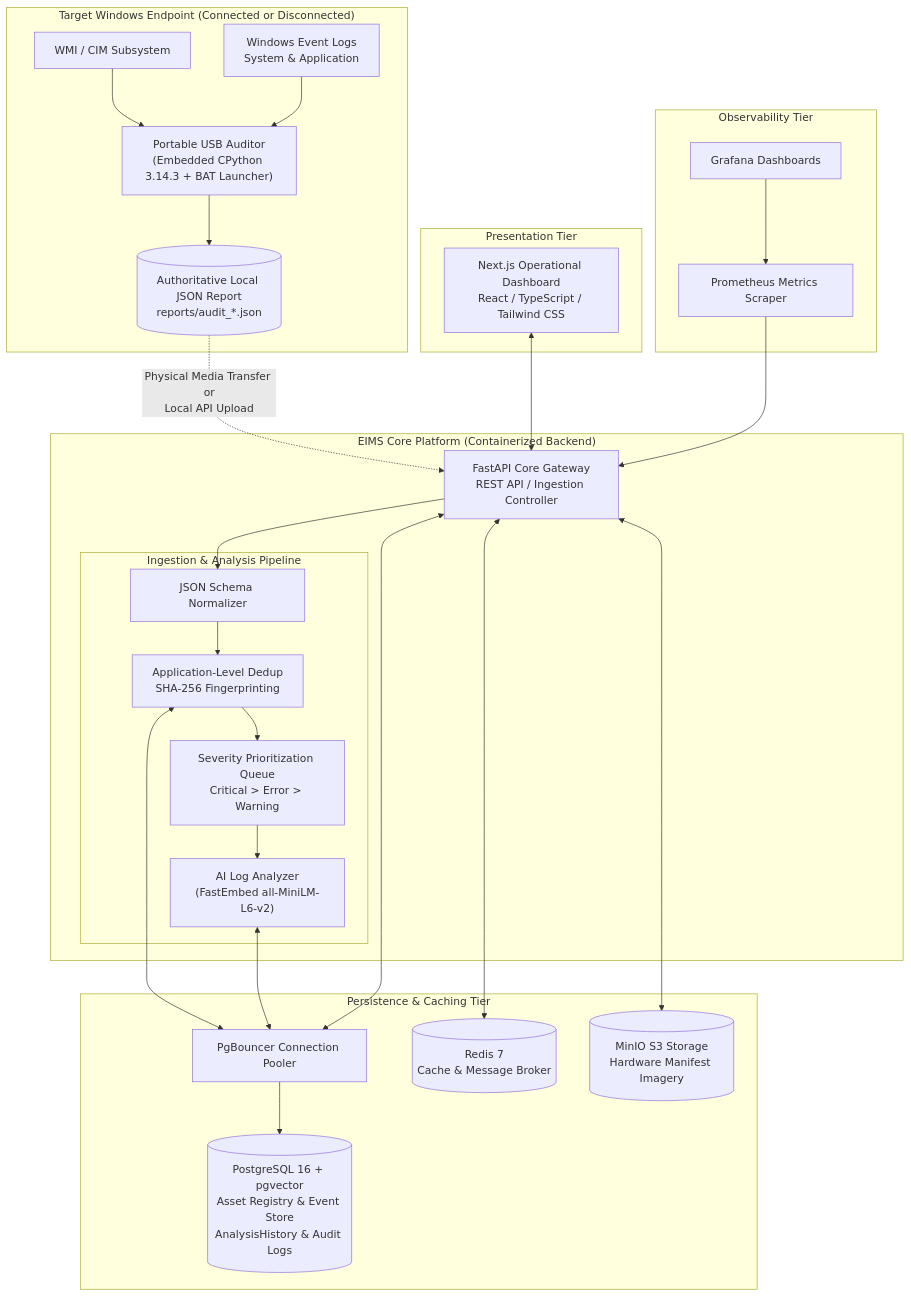
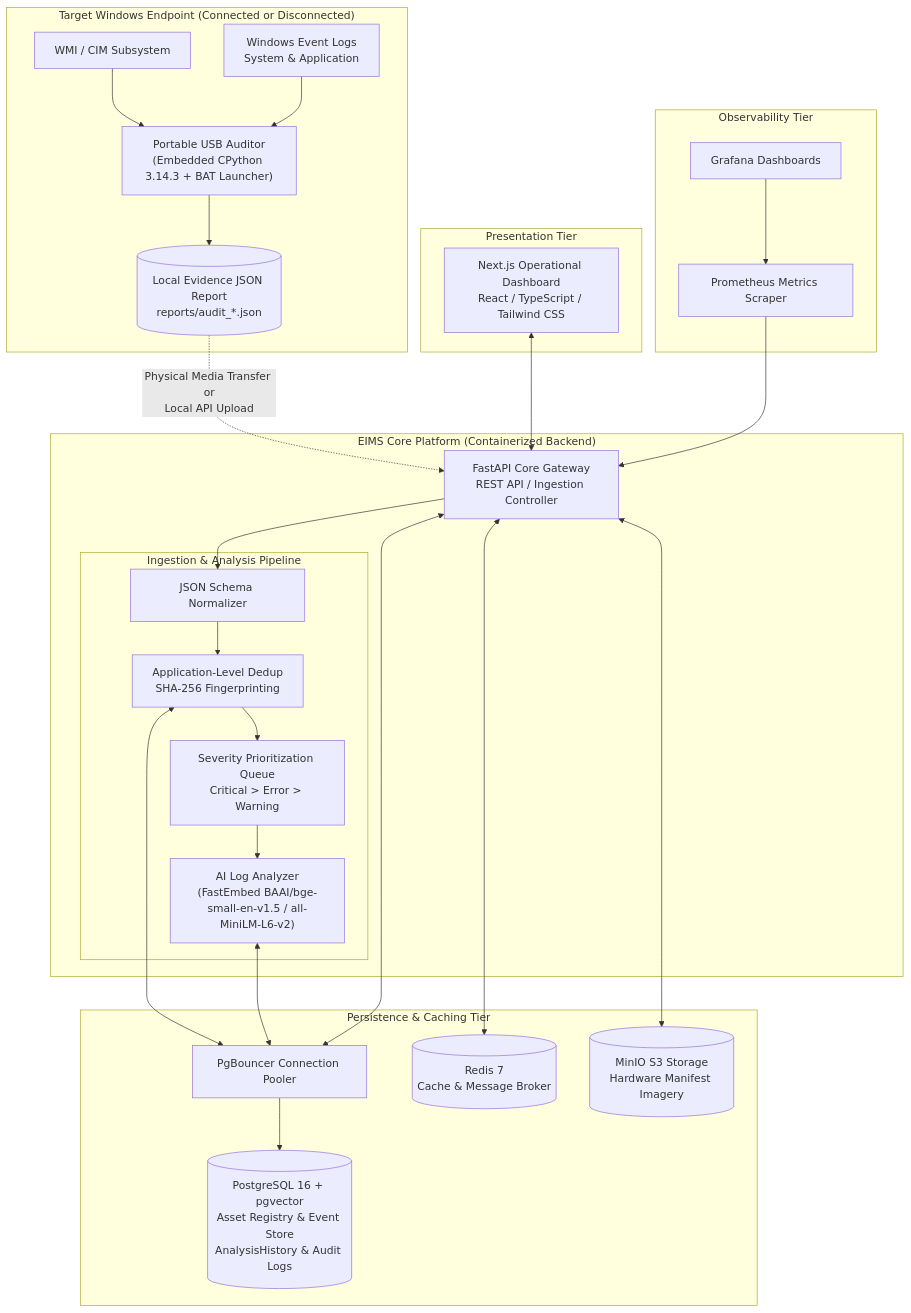
One commit to Ratthabhumi/EIMS changed the first of 3 diagrams in docs/report/CHAPTER_3_SYSTEM_DESIGN_AND_IMPLEMENTATION.md. Above: the diagram before and after it, drawn with Mermaid. The commit also changed other lines of this file and 16 other files, not shown here.

````diff
--- a/docs/report/CHAPTER_3_SYSTEM_DESIGN_AND_IMPLEMENTATION.md
+++ b/docs/report/CHAPTER_3_SYSTEM_DESIGN_AND_IMPLEMENTATION.md
@@ -85,57 +85,57 @@
 ```mermaid
 flowchart TB
     subgraph Target_Host["Target Windows Endpoint (Connected or Disconnected)"]
         WMI[WMI / CIM Subsystem]
         EVTX[Windows Event Logs\nSystem & Application]
         USB_EXEC["Portable USB Auditor\n(Embedded CPython 3.14.3 + BAT Launcher)"]
         WMI --> USB_EXEC
         EVTX --> USB_EXEC
-        JSON_OUT[("Authoritative Local JSON Report\nreports/audit_*.json")]
+        JSON_OUT[("Local Evidence JSON Report\nreports/audit_*.json")]
         USB_EXEC --> JSON_OUT
     end
 
     JSON_OUT -. "Physical Media Transfer or\nLocal API Upload" .-> API_GATEWAY
 
     subgraph EIMS_Core["EIMS Core Platform (Containerized Backend)"]
         API_GATEWAY["FastAPI Core Gateway\nREST API / Ingestion Controller"]
 
         subgraph Ingestion_Pipeline["Ingestion & Analysis Pipeline"]
             PARSER["JSON Schema Normalizer"]
             DEDUP["Application-Level Dedup\nSHA-256 Fingerprinting"]
             PRIORITY["Severity Prioritization Queue\nCritical > Error > Warning"]
-            ANALYZER["AI Log Analyzer\n(FastEmbed all-MiniLM-L6-v2)"]
+            ANALYZER["AI Log Analyzer\n(FastEmbed BAAI/bge-small-en-v1.5 / all-MiniLM-L6-v2)"]
 
             PARSER --> DEDUP
             DEDUP --> PRIORITY
             PRIORITY --> ANALYZER
         end
 
         API_GATEWAY --> PARSER
     end
 
     subgraph Data_Tier["Persistence & Caching Tier"]
         PG[("PostgreSQL 16 + pgvector\nAsset Registry & Event Store\nAnalysisHistory & Audit Logs")]
         PGBOUNCER["PgBouncer Connection Pooler"]
         REDIS[("Redis 7\nCache & Message Broker")]
         MINIO[("MinIO S3 Storage\nHardware Manifest Imagery")]
 
         PGBOUNCER --> PG
         DEDUP <--> PGBOUNCER
         ANALYZER <--> PGBOUNCER
         API_GATEWAY <--> PGBOUNCER
         API_GATEWAY <--> REDIS
         API_GATEWAY <--> MINIO
     end
 
     subgraph Presentation_Tier["Presentation Tier"]
         DASHBOARD["Next.js Operational Dashboard\nReact / TypeScript / Tailwind CSS"]
         DASHBOARD <--> API_GATEWAY
     end
 
     subgraph Observability_Tier["Observability Tier"]
         PROM["Prometheus Metrics Scraper"]
         GRAFANA["Grafana Dashboards"]
         PROM --> API_GATEWAY
         GRAFANA --> PROM
     end
 ```
````
